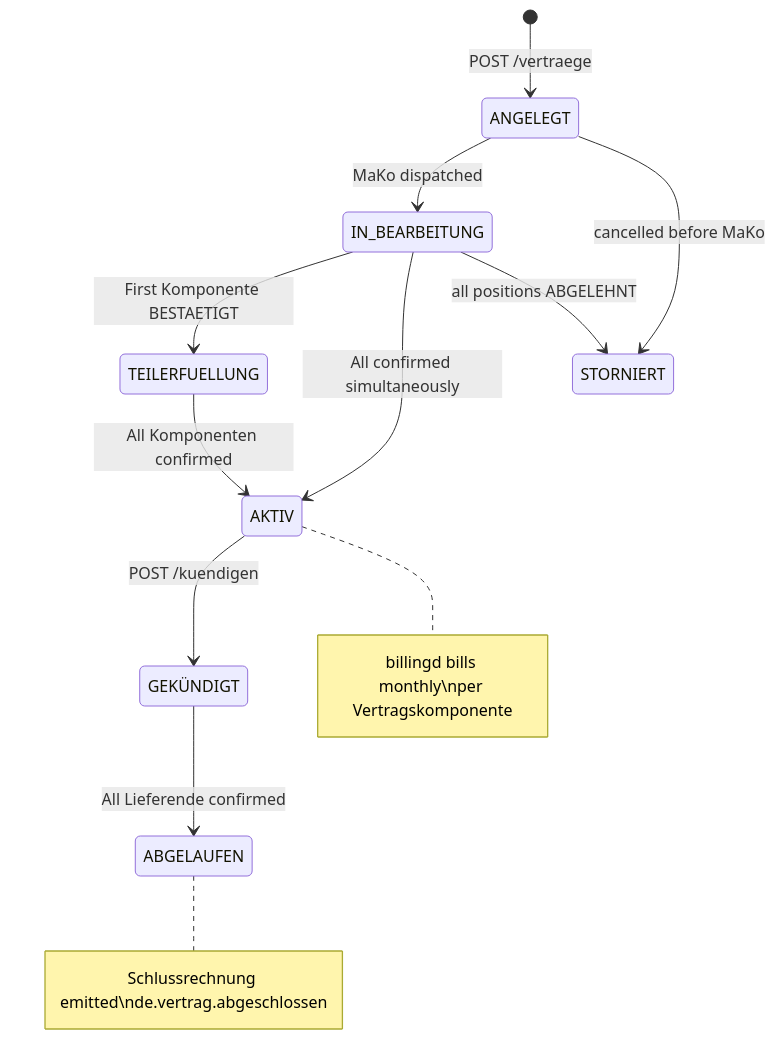
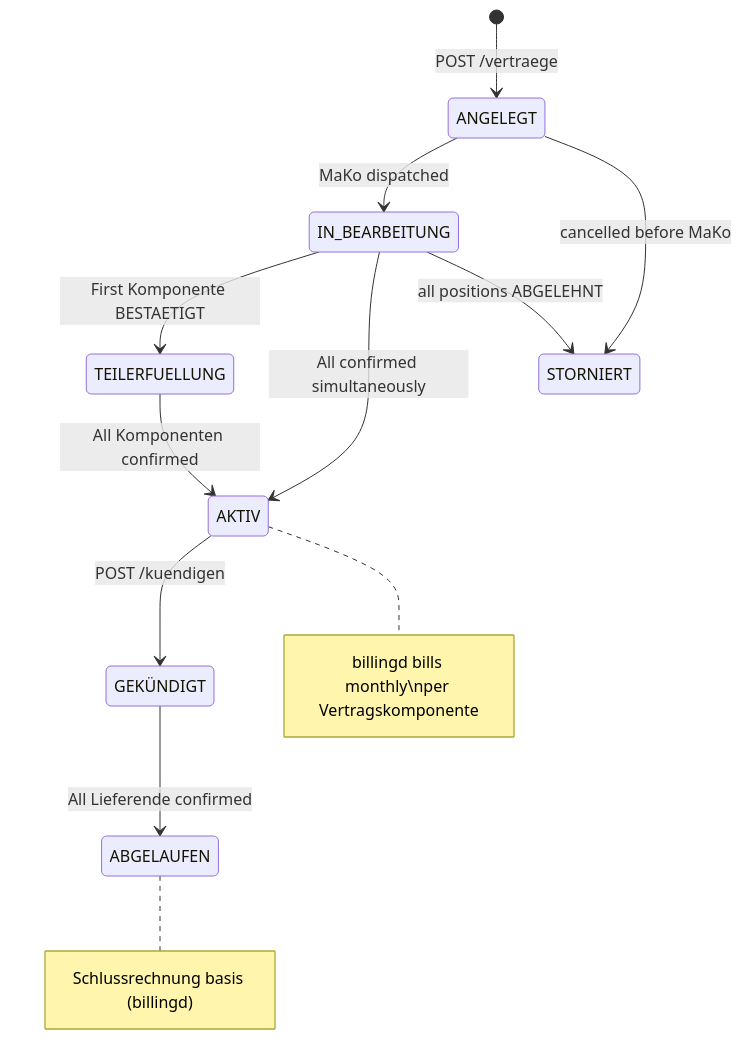
The third of 4 diagrams in docs/vertragd.md (hupe1980/mako), drawn with Mermaid before and after one commit. The commit also changed other lines of this file and 24 other files, not shown here.

````diff
--- a/docs/vertragd.md
+++ b/docs/vertragd.md
@@ -206,15 +206,15 @@
 ```mermaid
 stateDiagram-v2
     [*] --> ANGELEGT: POST /vertraege
     ANGELEGT --> IN_BEARBEITUNG: MaKo dispatched
     IN_BEARBEITUNG --> TEILERFUELLUNG: First Komponente BESTAETIGT
     TEILERFUELLUNG --> AKTIV: All Komponenten confirmed
     IN_BEARBEITUNG --> AKTIV: All confirmed simultaneously
     AKTIV --> GEKÜNDIGT: POST /kuendigen
     GEKÜNDIGT --> ABGELAUFEN: All Lieferende confirmed
     ANGELEGT --> STORNIERT: cancelled before MaKo
     IN_BEARBEITUNG --> STORNIERT: all positions ABGELEHNT
 
     note right of AKTIV: billingd bills monthly\nper Vertragskomponente
-    note right of ABGELAUFEN: Schlussrechnung emitted\nde.vertrag.abgeschlossen
+    note right of ABGELAUFEN: Schlussrechnung basis (billingd)
 ```
````
